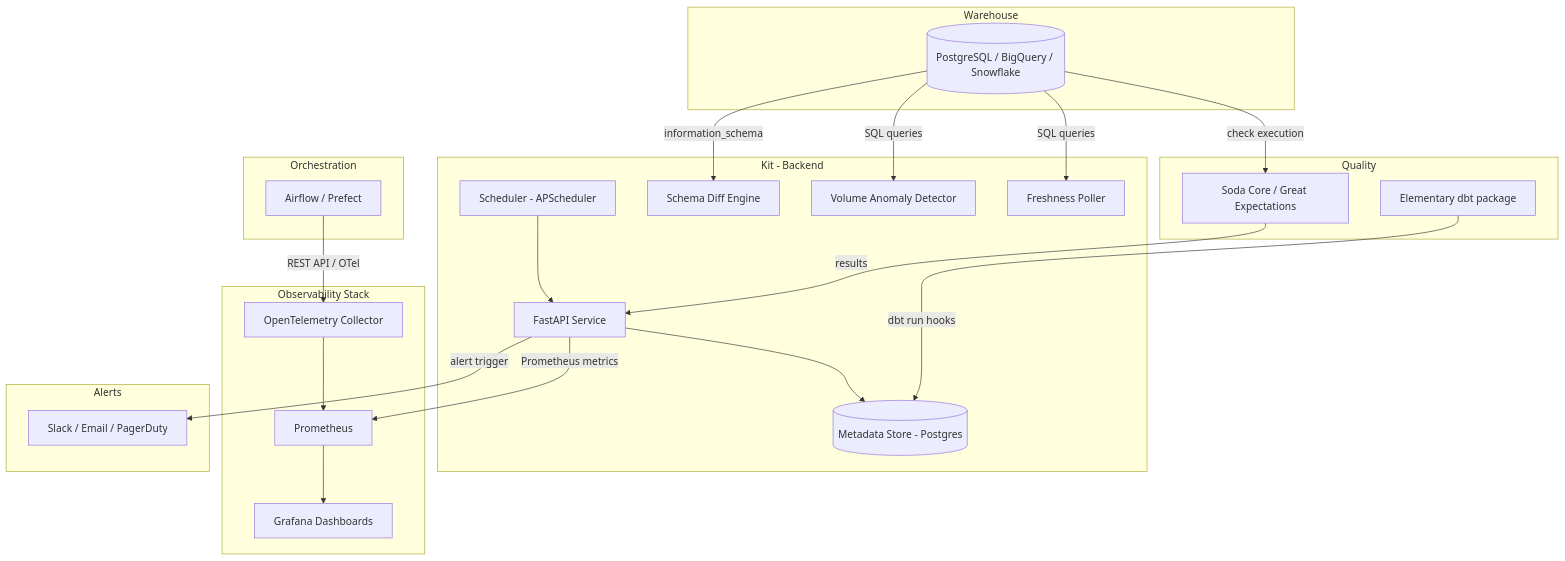
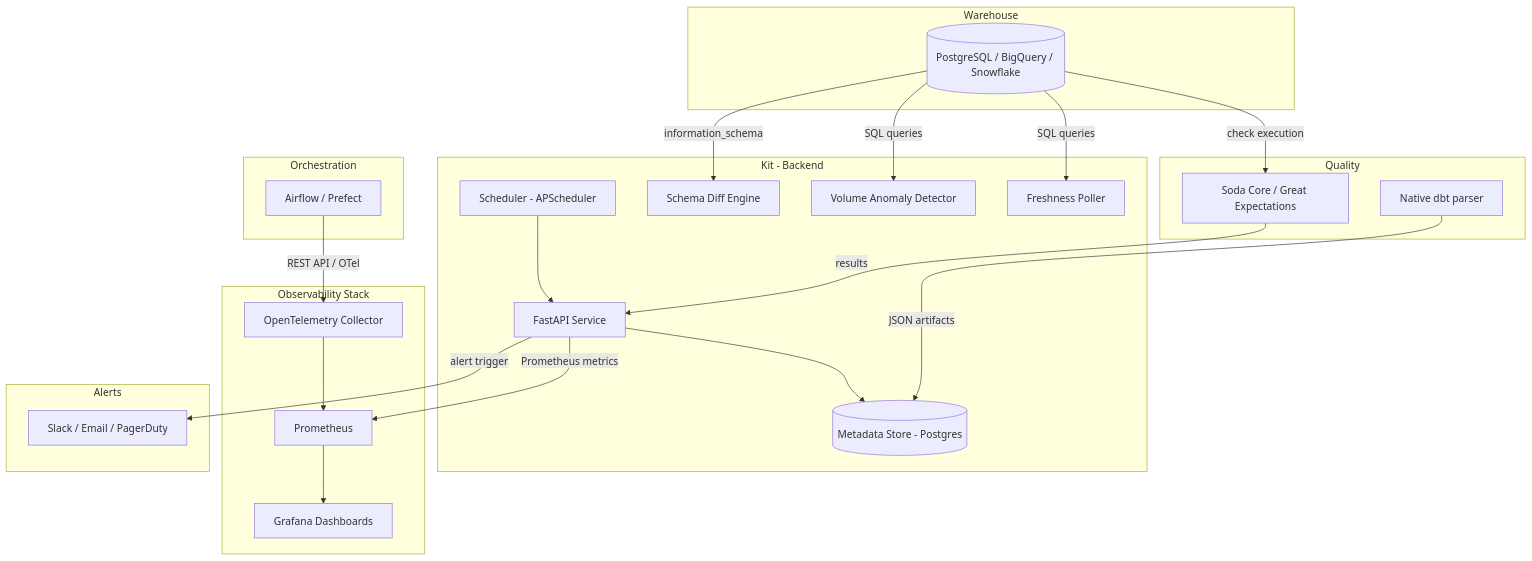
Before and after one commit to willowvibe/ObservaKit: the diagram in README.md, drawn with Mermaid. The commit also changed other lines of this file and 2 other files, not shown here.

Commit message:
docs: overhaul documentation and architecture diagrams

````diff
--- a/README.md
+++ b/README.md
@@ -125,48 +131,48 @@
 ```mermaid
 flowchart TD
     subgraph Orchestration
         A[Airflow / Prefect]
     end
 
     subgraph Warehouse
         B[(PostgreSQL / BigQuery / Snowflake)]
     end
 
     subgraph Kit - Backend
         C[FastAPI Service]
         D[(Metadata Store - Postgres)]
         E[Scheduler - APScheduler]
         F[Schema Diff Engine]
         G[Volume Anomaly Detector]
         H[Freshness Poller]
     end
 
     subgraph Quality
         I[Soda Core / Great Expectations]
-        J[Elementary dbt package]
+        J[Native dbt parser]
     end
 
     subgraph Observability Stack
         K[OpenTelemetry Collector]
         L[Prometheus]
         M[Grafana Dashboards]
     end
 
     subgraph Alerts
         N[Slack / Email / PagerDuty]
     end
 
     A -- REST API / OTel --> K
     B -- SQL queries --> H
     B -- SQL queries --> G
     B -- information_schema --> F
     B -- check execution --> I
-    J -- dbt run hooks --> D
+    J -- JSON artifacts --> D
     I -- results --> C
     C --> D
     E --> C
     K --> L
     L --> M
     C -- Prometheus metrics --> L
     C -- alert trigger --> N
 ```
````
